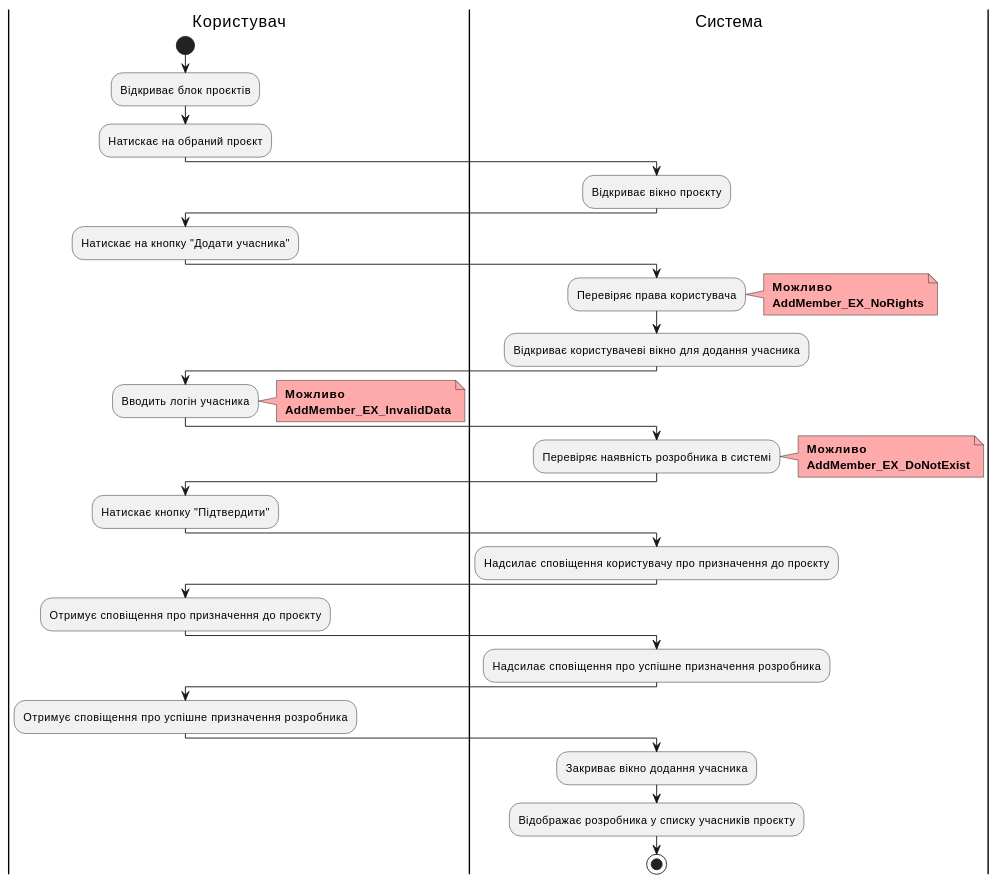
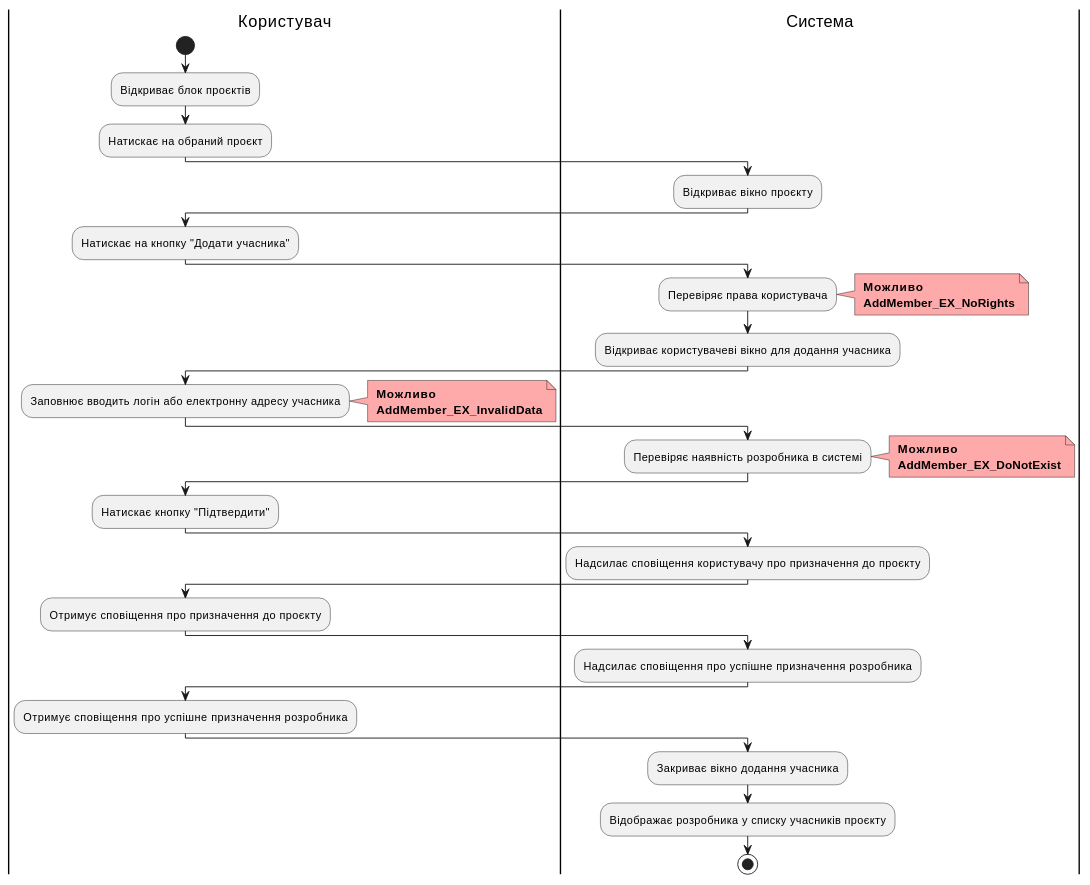
Before and after one commit to boldak/edu-db-cw: diagram 17 of 22 in docs/use cases/README.md, drawn with PlantUML. The commit also changed other lines of this file and 1 other file, not shown here.

```diff
--- a/docs/use cases/README.md
+++ b/docs/use cases/README.md
@@ -1169,57 +1169,57 @@
 @startuml
 
     |Користувач|
         start;
         :Відкриває блок проєктів;
         :Натискає на обраний проєкт;
 
     |Система|
         :Відкриває вікно проєкту;
 
     |Користувач|
         :Натискає на кнопку "Додати учасника";
         
     |Система|
         :Перевіряє права користувача;
         note right #ffaaaa
         <b> Можливо
         <b> AddMember_EX_NoRights
         end note
 
         :Відкриває користувачеві вікно для додання учасника;
 
     |Користувач|
-        :Вводить логін учасника;
+        :Заповнює вводить логін або електронну адресу учасника;
         note right #ffaaaa
         <b> Можливо
         <b> AddMember_EX_InvalidData
         end note
 
     |Система|
         :Перевіряє наявність розробника в системі;
         note right #ffaaaa
         <b> Можливо
         <b> AddMember_EX_DoNotExist
         end note
 
     |Користувач|
         :Натискає кнопку "Підтвердити";
 
     |Система|
         :Надсилає сповіщення користувачу про призначення до проєкту;
 
     |Користувач|
         :Отримує сповіщення про призначення до проєкту;
 
     |Система|
         :Надсилає сповіщення про успішне призначення розробника;
 
     |Користувач|
         :Отримує сповіщення про успішне призначення розробника;
 
     |Система|
         :Закриває вікно додання учасника;
         :Відображає розробника у списку учасників проєкту;
         stop;
 
 @enduml
```
